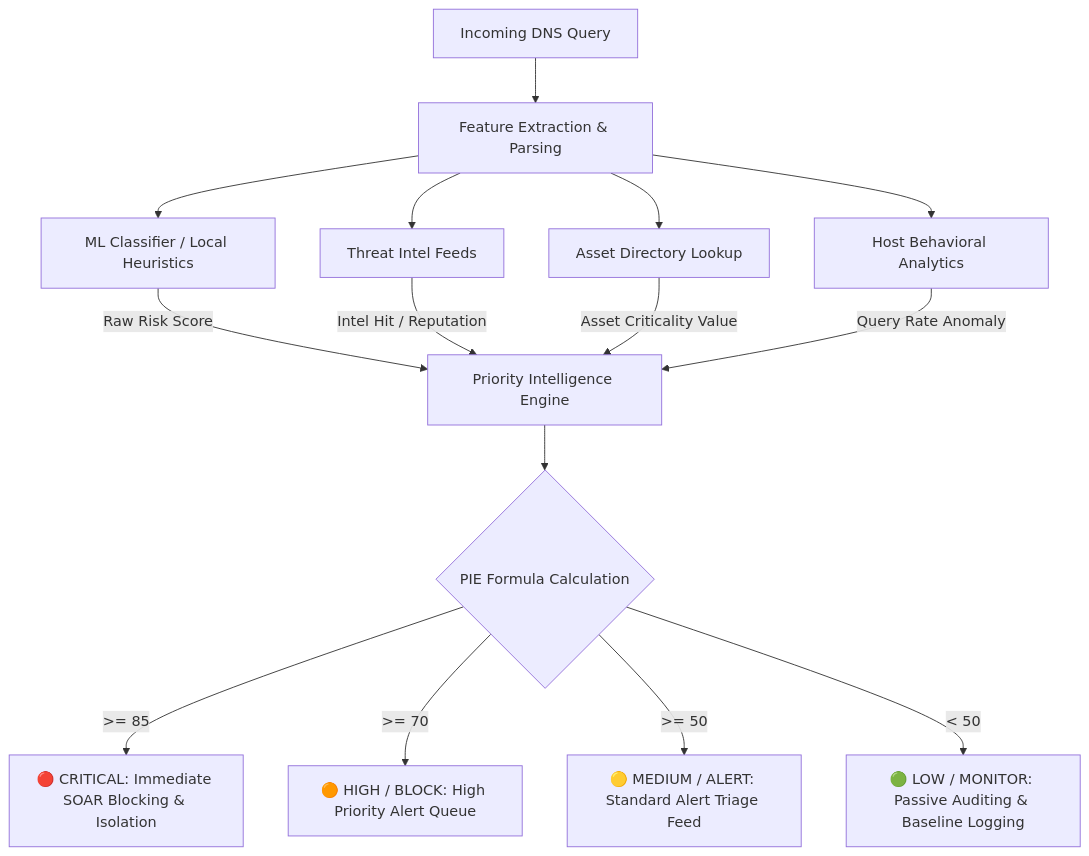
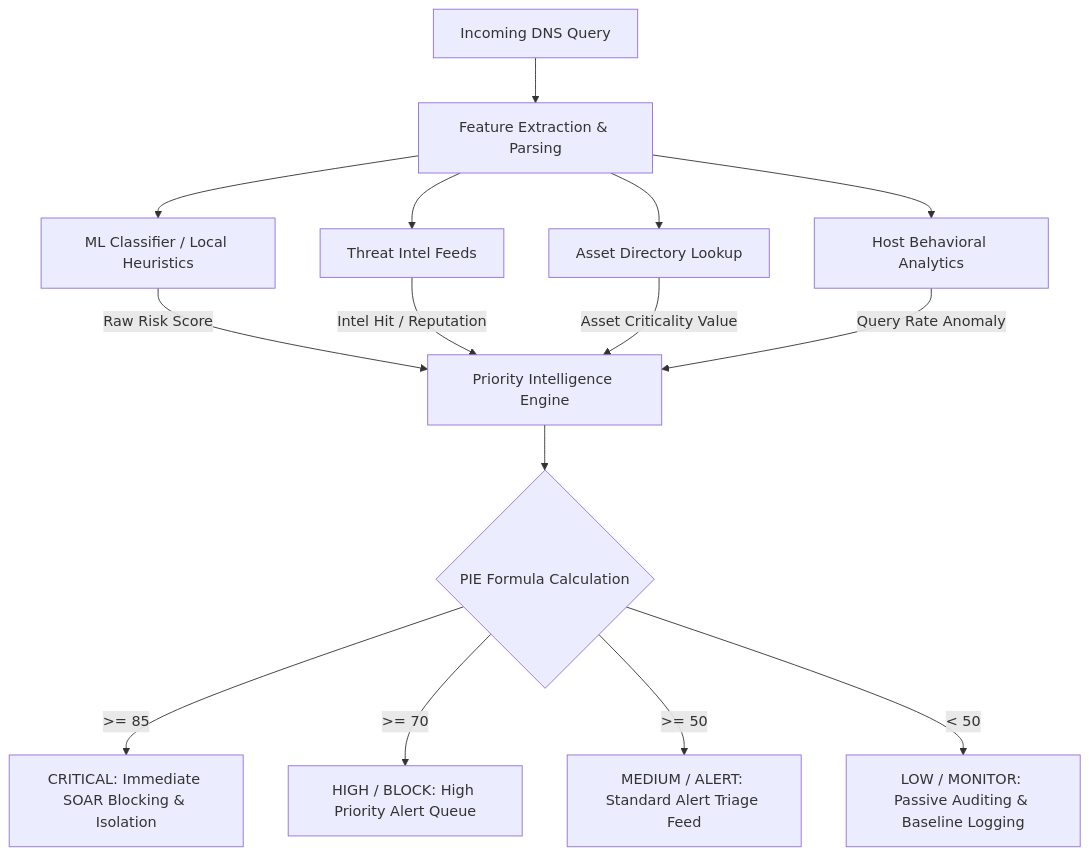
Before and after one commit to rahulpaul-07/DNS_SENTINEL: the diagram in PIE_SCORE.md, drawn with Mermaid. The commit also changed other lines of this file and 19 other files, not shown here.

````diff
--- a/PIE_SCORE.md
+++ b/PIE_SCORE.md
@@ -30,19 +30,19 @@
 ```mermaid
 graph TD
     A[Incoming DNS Query] --> B[Feature Extraction & Parsing]
     B --> C[ML Classifier / Local Heuristics]
     B --> D[Threat Intel Feeds]
     B --> E[Asset Directory Lookup]
     B --> F[Host Behavioral Analytics]
-    
+
     C -->|Raw Risk Score| G[Priority Intelligence Engine]
     D -->|Intel Hit / Reputation| G
     E -->|Asset Criticality Value| G
     F -->|Query Rate Anomaly| G
-    
+
     G --> H{PIE Formula Calculation}
-    H -->|">= 85"| I[🔴 CRITICAL: Immediate SOAR Blocking & Isolation]
-    H -->|">= 70"| J[🟠 HIGH / BLOCK: High Priority Alert Queue]
-    H -->|">= 50"| K[🟡 MEDIUM / ALERT: Standard Alert Triage Feed]
-    H -->|"< 50"| L[🟢 LOW / MONITOR: Passive Auditing & Baseline Logging]
+    H -->|">= 85"| I[CRITICAL: Immediate SOAR Blocking & Isolation]
+    H -->|">= 70"| J[HIGH / BLOCK: High Priority Alert Queue]
+    H -->|">= 50"| K[MEDIUM / ALERT: Standard Alert Triage Feed]
+    H -->|"< 50"| L[LOW / MONITOR: Passive Auditing & Baseline Logging]
 ```
````
